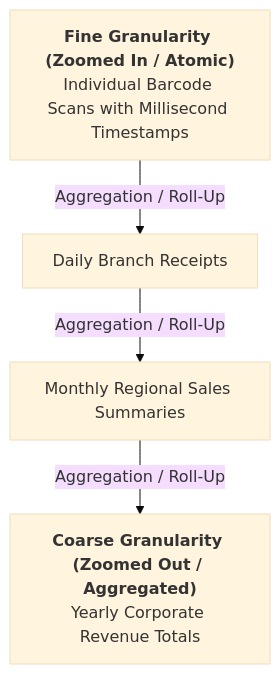
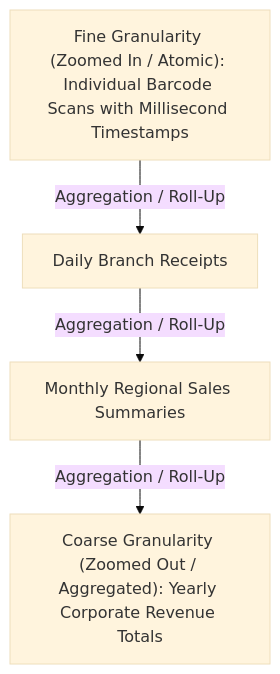
Before and after one commit to DeepLumiere/DeepSkills: the fourth of 8 diagrams in notes/data_analysis/Chapter9_Features_of_Business_Data.md, drawn with Mermaid (base theme). The commit also changed other lines of this file and 56 other files, not shown here.

````diff
--- a/notes/data_analysis/Chapter9_Features_of_Business_Data.md
+++ b/notes/data_analysis/Chapter9_Features_of_Business_Data.md
@@ -89,10 +89,10 @@
 ```mermaid
 flowchart TD
-    L1["<b>Coarse Granularity (Zoomed Out / Aggregated)</b><br/>Yearly Corporate Revenue Totals"]
+    L1["Coarse Granularity (Zoomed Out / Aggregated): Yearly Corporate Revenue Totals"]
     L2["Monthly Regional Sales Summaries"]
     L3["Daily Branch Receipts"]
-    L4["<b>Fine Granularity (Zoomed In / Atomic)</b><br/>Individual Barcode Scans with Millisecond Timestamps"]
+    L4["Fine Granularity (Zoomed In / Atomic): Individual Barcode Scans with Millisecond Timestamps"]
     L4 -->|Aggregation / Roll-Up| L3
     L3 -->|Aggregation / Roll-Up| L2
     L2 -->|Aggregation / Roll-Up| L1
 ```
````
